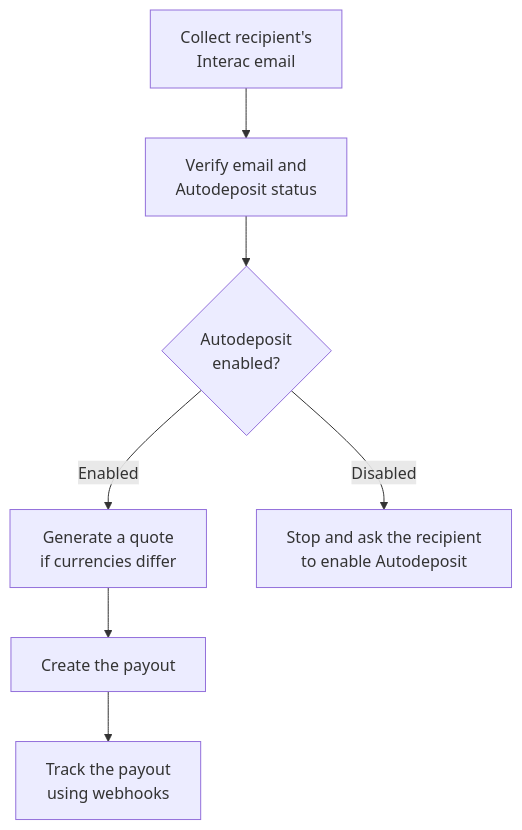
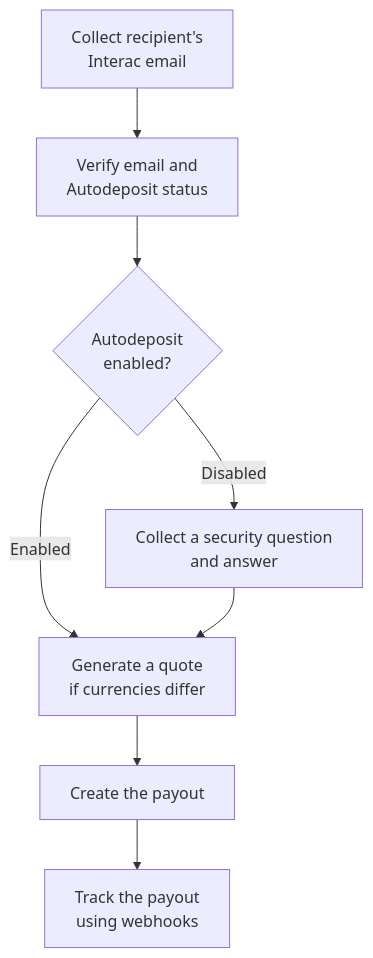
The diagram in docs/Payouts (withdrawal)/send-cad-payouts-via-interac-e-transfer.md (Taofiqqq/fincra-openapi-spec), drawn with Mermaid before and after one commit. The commit also changed other lines of this file, not shown here.

Commit message:
Updated "CAD Payouts via Interac e-Transfer" in docs

````diff
--- a/docs/Payouts (withdrawal)/send-cad-payouts-via-interac-e-transfer.md
+++ b/docs/Payouts (withdrawal)/send-cad-payouts-via-interac-e-transfer.md
@@ -22,9 +22,10 @@
 ```mermaid
 flowchart TD
-  A["Collect recipient's<br/>Interac email"] --> B["Verify email and<br/>Autodeposit status"]
-  B --> C{"Autodeposit<br/>enabled?"}
-  C -->|Enabled| D["Generate a quote<br/>if currencies differ"]
-  C -->|Disabled| E["Stop and ask the recipient<br/>to enable Autodeposit"]
-  D --> F["Create the payout"]
-  F --> G["Track the payout<br/>using webhooks"]
+      A["Collect recipient's<br/>Interac email"] --> B["Verify email and<br/>Autodeposit status"]
+      B --> C{"Autodeposit<br/>enabled?"}
+      C -->|Enabled| D["Generate a quote<br/>if currencies differ"]
+      C -->|Disabled| G["Collect a security question<br/>and answer"]
+      G --> D
+      D --> F["Create the payout"]
+      F --> H["Track the payout<br/>using webhooks"]
 ```
````
